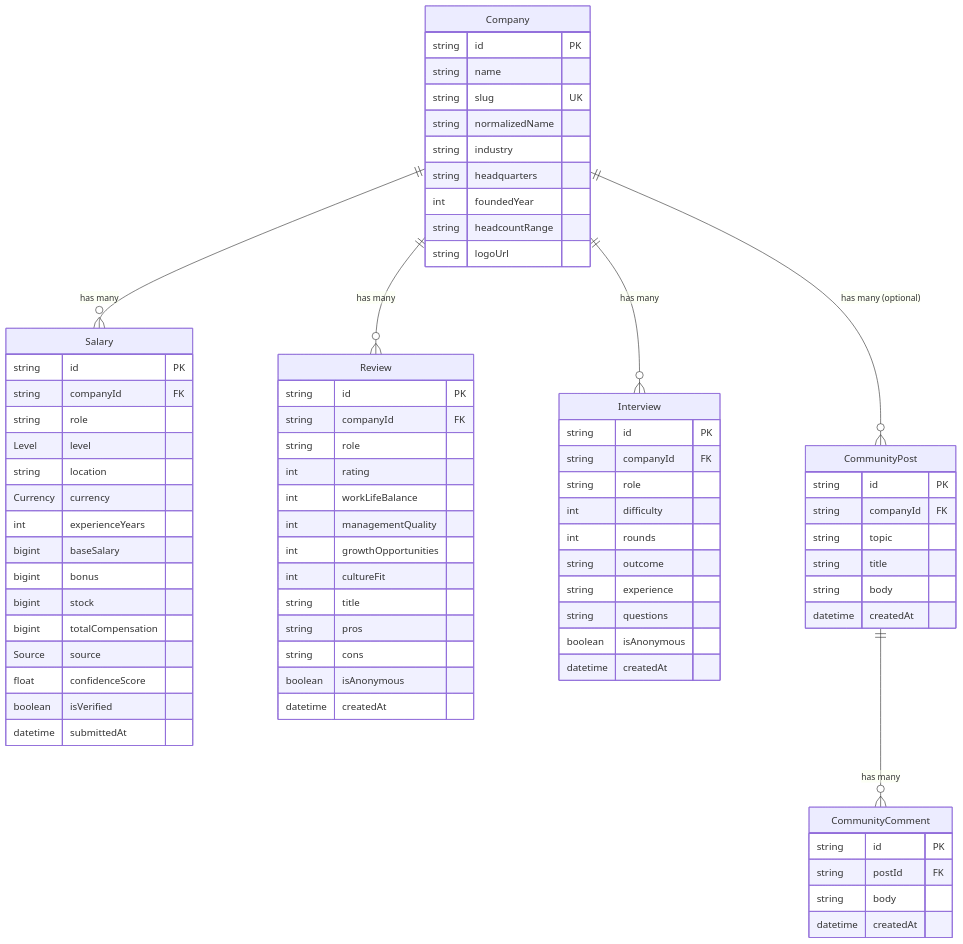
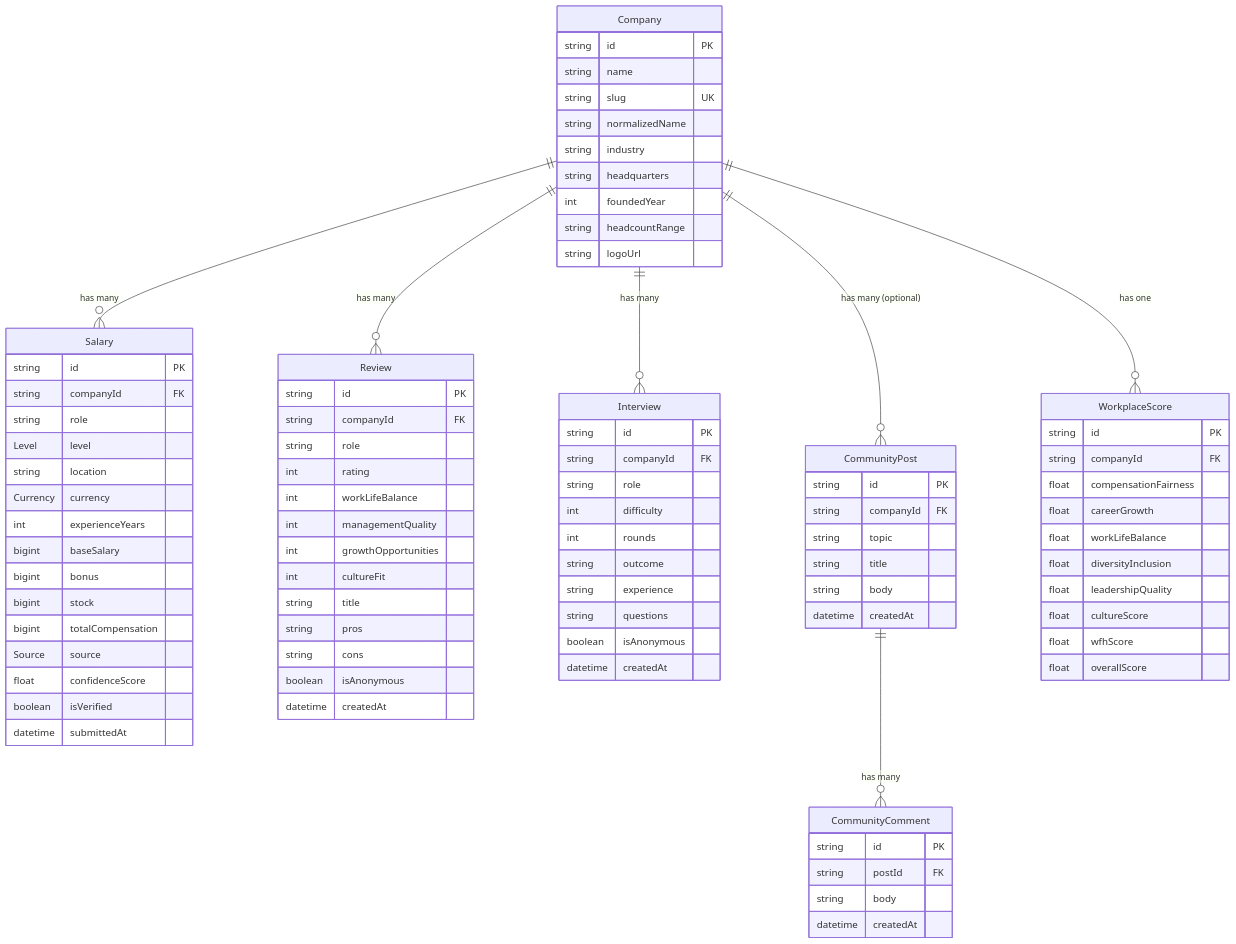
One commit to its-SamiKhan/TalentDash-FullStack changed the first of 2 diagrams in README.md. Above: the diagram before and after it, drawn with Mermaid. The commit also changed other lines of this file and 14 other files, not shown here.

````diff
--- a/README.md
+++ b/README.md
@@ -97,9 +97,22 @@
         string body
         datetime createdAt
     }
+    WorkplaceScore {
+        string id PK
+        string companyId FK
+        float compensationFairness
+        float careerGrowth
+        float workLifeBalance
+        float diversityInclusion
+        float leadershipQuality
+        float cultureScore
+        float wfhScore
+        float overallScore
+    }
     Company ||--o{ Salary : "has many"
     Company ||--o{ Review : "has many"
     Company ||--o{ Interview : "has many"
     Company ||--o{ CommunityPost : "has many (optional)"
     CommunityPost ||--o{ CommunityComment : "has many"
+    Company ||--o{ WorkplaceScore : "has one"
 ```
````
